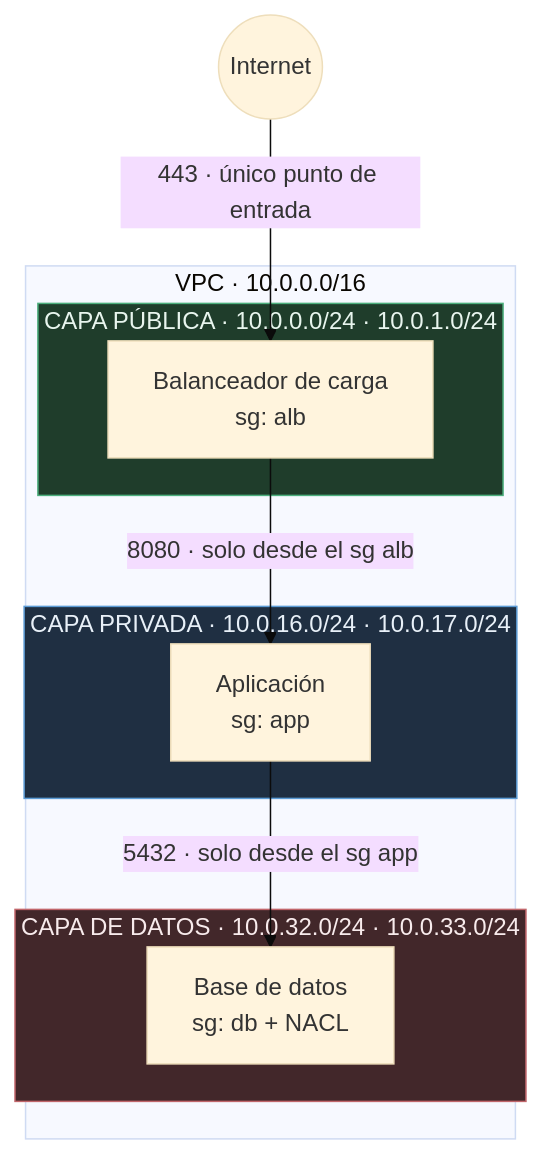
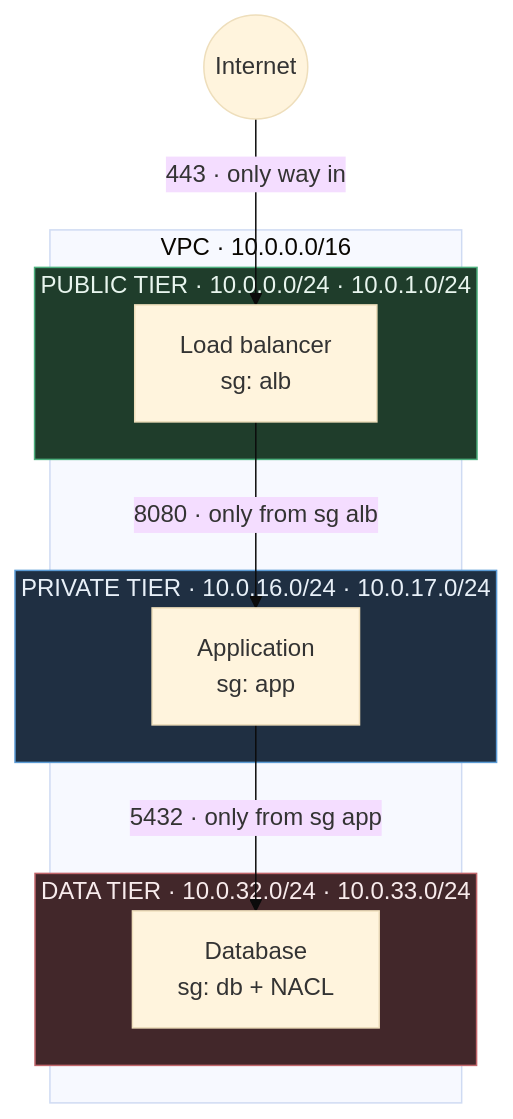
The first of 6 diagrams in README.md (Rxcxrdx/aws-three-tier-vpc-terraform), drawn with Mermaid (base theme) before and after one commit. The commit also changed other lines of this file, not shown here.

````diff
--- a/README.md
+++ b/README.md
@@ -44,26 +16,26 @@
 ```mermaid
 flowchart TB
     NET(("Internet"))
 
     subgraph VPC["VPC · 10.0.0.0/16"]
-        subgraph PUB["CAPA PÚBLICA · 10.0.0.0/24 · 10.0.1.0/24"]
-            ALB["Balanceador de carga<br/>sg: alb"]
+        subgraph PUB["PUBLIC TIER · 10.0.0.0/24 · 10.0.1.0/24"]
+            ALB["Load balancer<br/>sg: alb"]
         end
 
-        subgraph PRI["CAPA PRIVADA · 10.0.16.0/24 · 10.0.17.0/24"]
-            APP["Aplicación<br/>sg: app"]
+        subgraph PRI["PRIVATE TIER · 10.0.16.0/24 · 10.0.17.0/24"]
+            APP["Application<br/>sg: app"]
         end
 
-        subgraph DAT["CAPA DE DATOS · 10.0.32.0/24 · 10.0.33.0/24"]
-            DB["Base de datos<br/>sg: db + NACL"]
+        subgraph DAT["DATA TIER · 10.0.32.0/24 · 10.0.33.0/24"]
+            DB["Database<br/>sg: db + NACL"]
         end
     end
 
-    NET -->|"443 · único punto de entrada"| ALB
-    ALB -->|"8080 · solo desde el sg alb"| APP
-    APP -->|"5432 · solo desde el sg app"| DB
+    NET -->|"443 · only way in"| ALB
+    ALB -->|"8080 · only from sg alb"| APP
+    APP -->|"5432 · only from sg app"| DB
 
     style PUB fill:#1f3d2b,stroke:#4caf7d,color:#e8f5ee
     style PRI fill:#1f2f42,stroke:#5b9bd5,color:#e8f0f8
     style DAT fill:#42272a,stroke:#c1666b,color:#f8ebec
 ```
````
